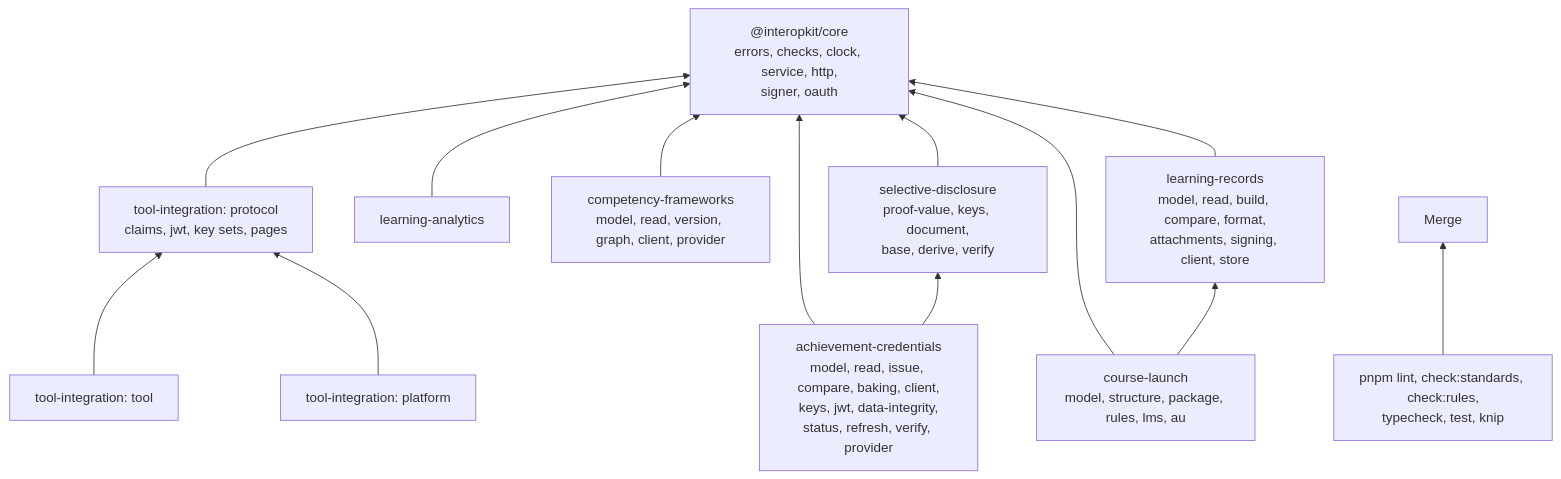
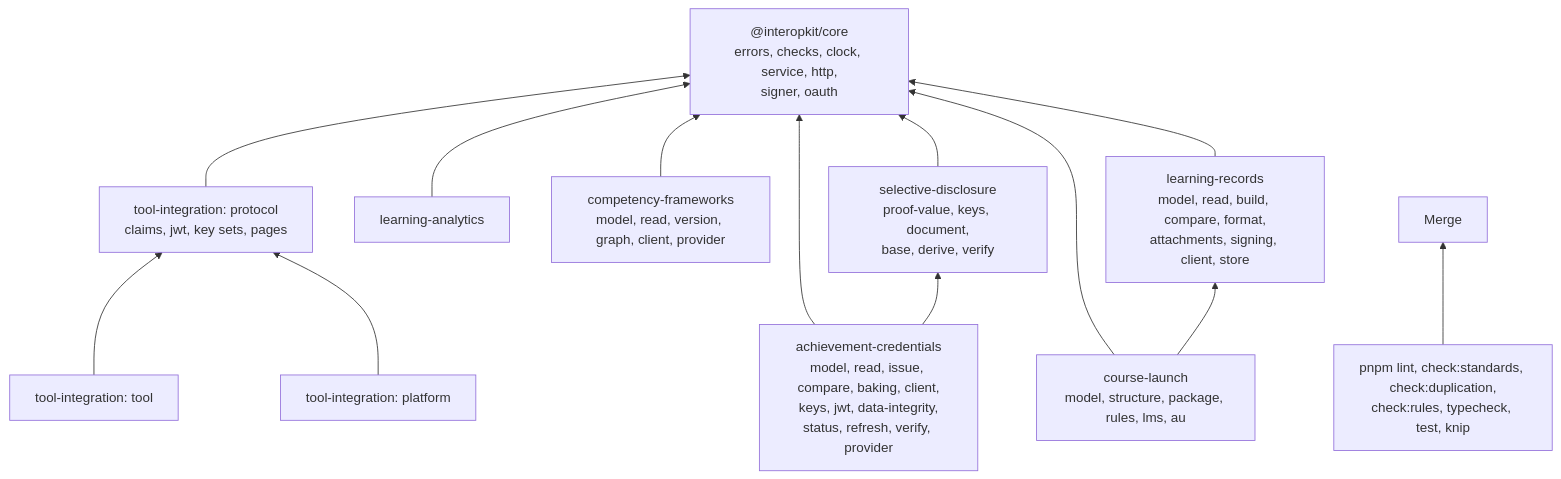
One commit to interopkit/interopkit changed the diagram in AGENTS.md. Above: the diagram before and after it, drawn with Mermaid. The commit also changed other lines of this file and 26 other files, not shown here.

````diff
--- a/AGENTS.md
+++ b/AGENTS.md
@@ -19,25 +19,25 @@
 ```mermaid
 flowchart BT
   core["@interopkit/core<br/>errors, checks, clock, service, http,<br/>signer, oauth"]
   proto["tool-integration: protocol<br/>claims, jwt, key sets, pages"]
   tool["tool-integration: tool"]
   plat["tool-integration: platform"]
   la["learning-analytics"]
   cf["competency-frameworks<br/>model, read, version, graph, client, provider"]
   lr["learning-records<br/>model, read, build, compare, format,<br/>attachments, signing, client, store"]
   sd["selective-disclosure<br/>proof-value, keys, document,<br/>base, derive, verify"]
   ac["achievement-credentials<br/>model, read, issue, compare, baking, client,<br/>keys, jwt, data-integrity,<br/>status, refresh, verify, provider"]
   cl["course-launch<br/>model, structure, package, rules, lms, au"]
   proto --> core
   tool --> proto
   plat --> proto
   la --> core
   cf --> core
   lr --> core
   sd --> core
   ac --> core
   ac --> sd
   cl --> core
   cl --> lr
-  gates["pnpm lint, check:standards, check:rules,<br/>typecheck, test, knip"] --> merge["Merge"]
+  gates["pnpm lint, check:standards, check:duplication,<br/>check:rules, typecheck, test, knip"] --> merge["Merge"]
 ```
````
